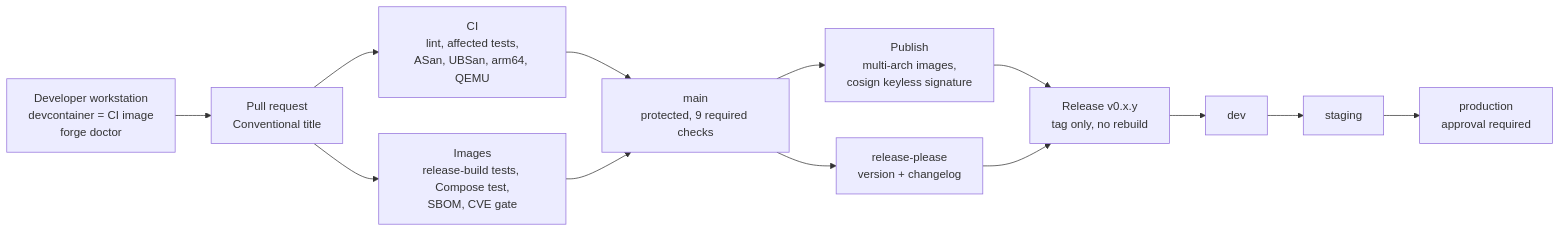
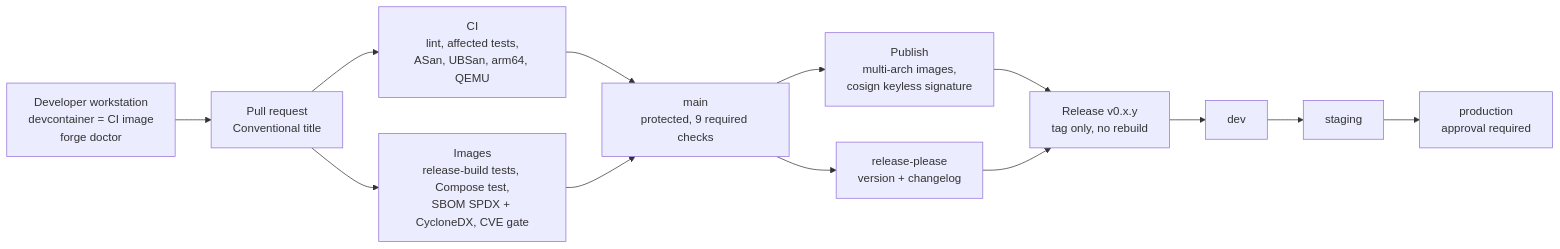
One commit to penchalj/swarmforge-bazel-build changed the diagram in README.md. Above: the diagram before and after it, drawn with Mermaid. The commit also changed other lines of this file, not shown here.

First line of the commit message:
Update README with SBOM formats and release details (#42)

````diff
--- a/README.md
+++ b/README.md
@@ -60,13 +60,13 @@
 ```mermaid
 flowchart LR
   dev["Developer workstation<br/>devcontainer = CI image<br/>forge doctor"] --> pr["Pull request<br/>Conventional title"]
   pr --> ci["CI<br/>lint, affected tests,<br/>ASan, UBSan, arm64, QEMU"]
-  pr --> img["Images<br/>release-build tests, Compose test,<br/>SBOM, CVE gate"]
+  pr --> img["Images<br/>release-build tests, Compose test,<br/>SBOM SPDX + CycloneDX, CVE gate"]
   ci --> main["main<br/>protected, 9 required checks"]
   img --> main
   main --> pub["Publish<br/>multi-arch images,<br/>cosign keyless signature"]
   main --> rp["release-please<br/>version + changelog"]
   pub --> rel["Release v0.x.y<br/>tag only, no rebuild"]
   rp --> rel
   rel --> d["dev"] --> s["staging"] --> p["production<br/>approval required"]
 ```
````
